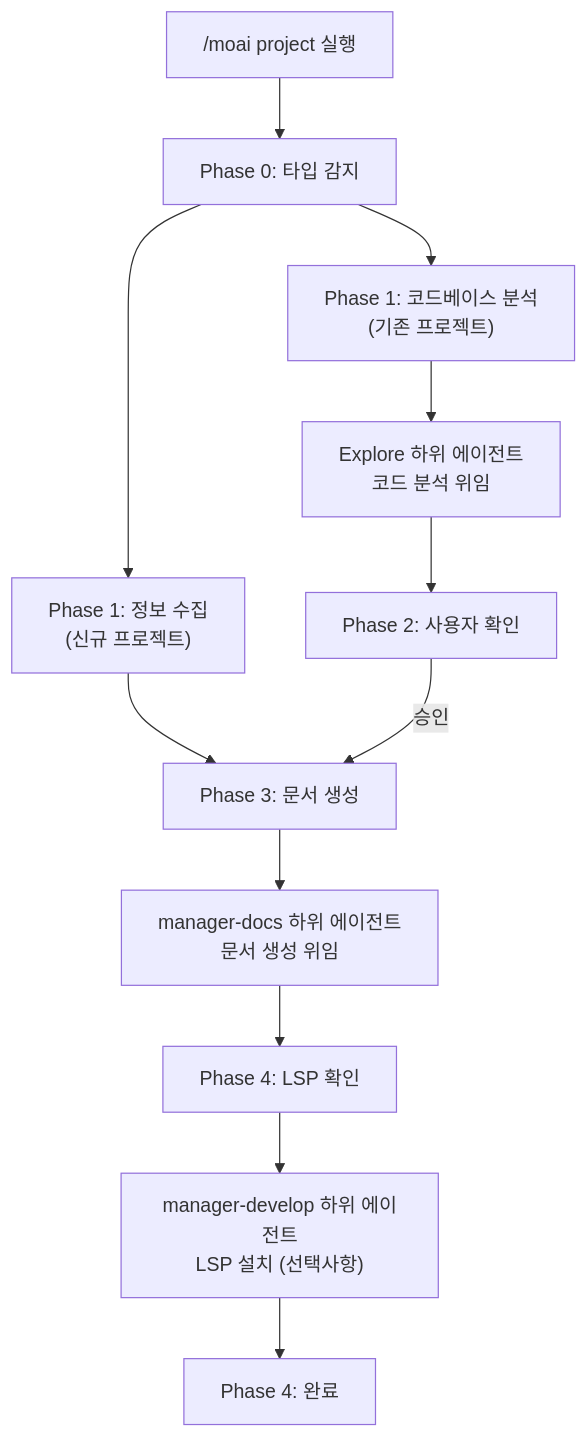
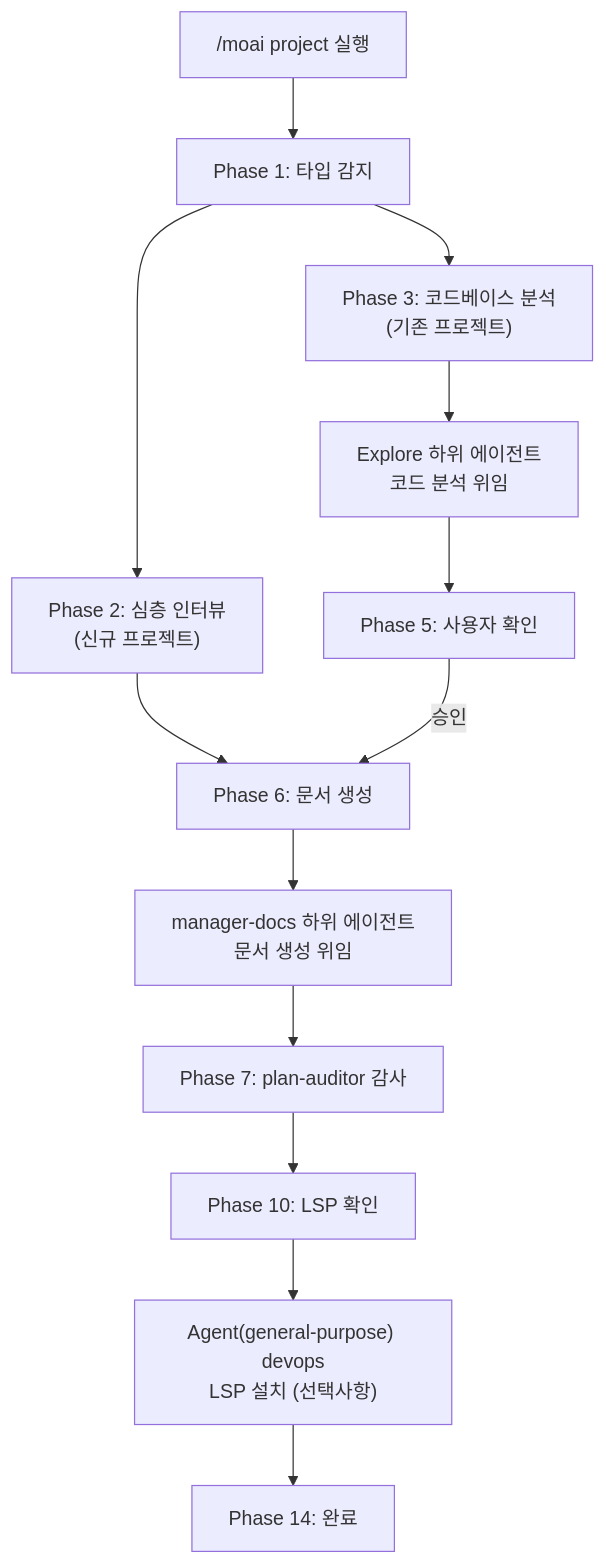
Before and after one commit to modu-ai/moai-adk: the third of 3 diagrams in docs-site/content/ko/workflow-commands/moai-project.md, drawn with Mermaid. The commit also changed other lines of this file and 13 other files, not shown here.

````diff
--- a/docs-site/content/ko/workflow-commands/moai-project.md
+++ b/docs-site/content/ko/workflow-commands/moai-project.md
@@ -548,18 +563,19 @@
 ```mermaid
 flowchart TD
-    Start["/moai project 실행"] --> Phase0["Phase 0: 타입 감지"]
-    Phase0 --> Phase05["Phase 1: 정보 수집<br/>(신규 프로젝트)"]
-    Phase0 --> Phase1["Phase 1: 코드베이스 분석<br/>(기존 프로젝트)"]
+    Start["/moai project 실행"] --> Phase0["Phase 1: 타입 감지"]
+    Phase0 --> Phase05["Phase 2: 심층 인터뷰<br/>(신규 프로젝트)"]
+    Phase0 --> Phase1["Phase 3: 코드베이스 분석<br/>(기존 프로젝트)"]
 
     Phase1 --> Explore["Explore 하위 에이전트<br/>코드 분석 위임"]
-    Explore --> Phase2["Phase 2: 사용자 확인"]
+    Explore --> Phase2["Phase 5: 사용자 확인"]
 
-    Phase05 --> Phase3["Phase 3: 문서 생성"]
+    Phase05 --> Phase3["Phase 6: 문서 생성"]
     Phase2 -->|승인| Phase3
 
     Phase3 --> Docs["manager-docs 하위 에이전트<br/>문서 생성 위임"]
-    Docs --> Phase35["Phase 4: LSP 확인"]
+    Docs --> Audit["Phase 7: plan-auditor 감사"]
+    Audit --> Phase35["Phase 10: LSP 확인"]
 
-    Phase35 --> DevOps["manager-develop 하위 에이전트<br/>LSP 설치 (선택사항)"]
-    DevOps --> Phase4["Phase 4: 완료"]
+    Phase35 --> DevOps["Agent(general-purpose) devops<br/>LSP 설치 (선택사항)"]
+    DevOps --> Phase4["Phase 14: 완료"]
 ```
````
